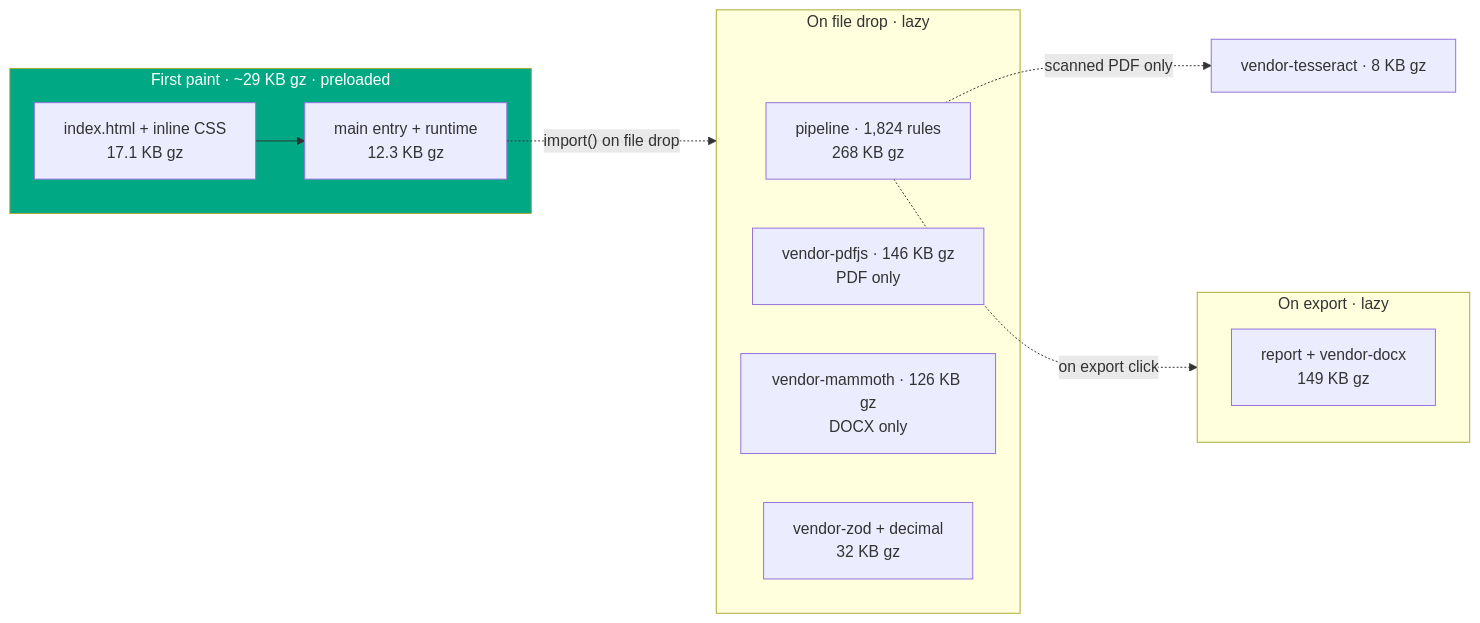
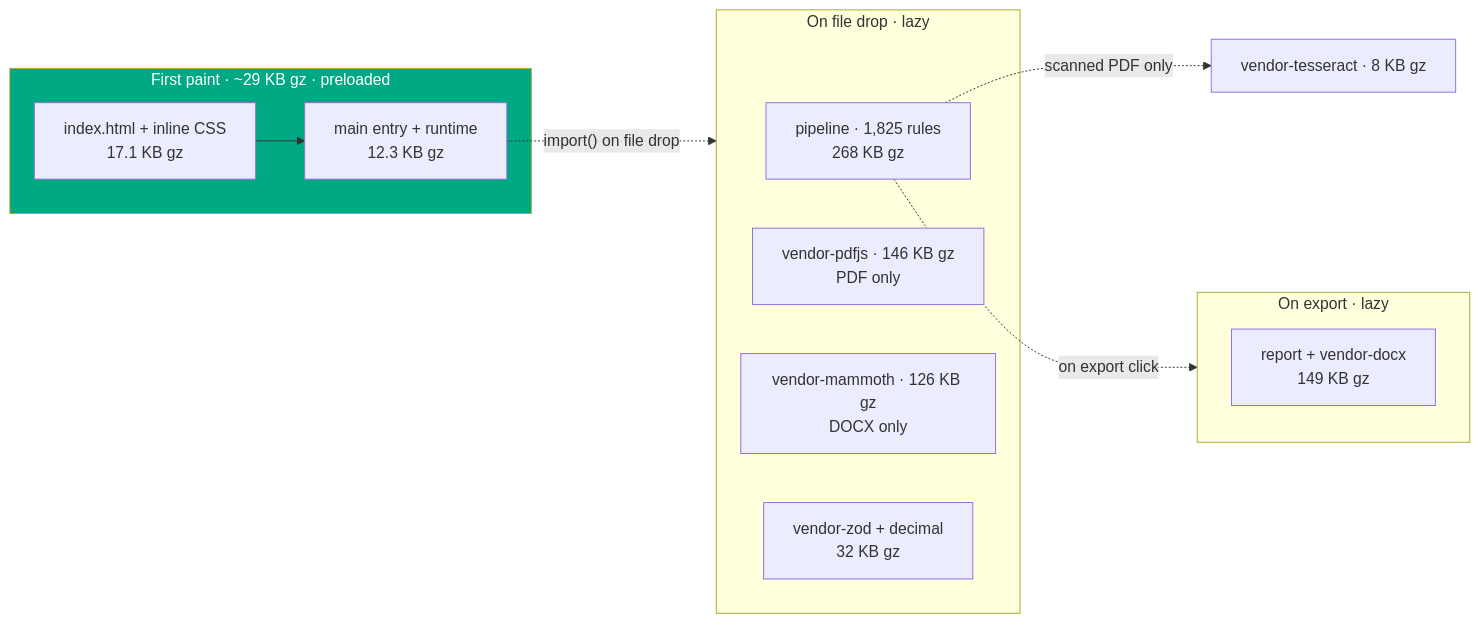
One commit to clay-good/vaulytica changed the tenth of 11 diagrams in README.md. Above: the diagram before and after it, drawn with Mermaid. The commit also changed other lines of this file and 379 other files, not shown here.

````diff
--- a/README.md
+++ b/README.md
@@ -1275,19 +1275,19 @@
 ```mermaid
 flowchart LR
   subgraph FP["First paint · ~29 KB gz · preloaded"]
     H[index.html + inline CSS<br/>17.1 KB gz] --> M[main entry + runtime<br/>12.3 KB gz]
   end
   M -. "import() on file drop" .-> DROP
   subgraph DROP["On file drop · lazy"]
-    P[pipeline · 1,824 rules<br/>268 KB gz]
+    P[pipeline · 1,825 rules<br/>268 KB gz]
     PDF[vendor-pdfjs · 146 KB gz<br/>PDF only]
     DOCXIN[vendor-mammoth · 126 KB gz<br/>DOCX only]
     Z[vendor-zod + decimal<br/>32 KB gz]
   end
   P -. "on export click" .-> EXP
   subgraph EXP["On export · lazy"]
     RPT[report + vendor-docx<br/>149 KB gz]
   end
   P -. "scanned PDF only" .-> OCR[vendor-tesseract · 8 KB gz]
   style FP fill:#00A883,color:#fff
 ```
````
